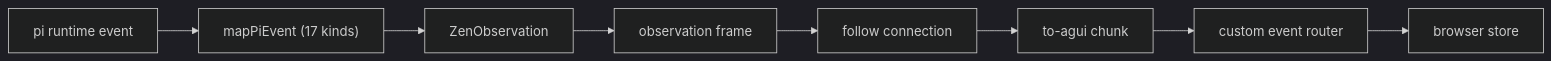
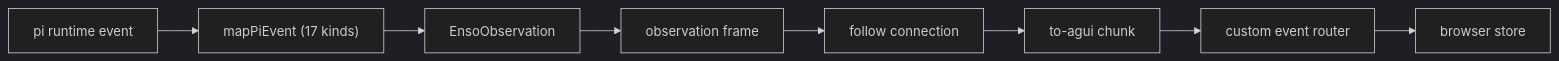
Before and after one commit to dopamine911/enso-harness: the second of 2 diagrams in docs/reference/flows.md, drawn with Mermaid (dark theme). The commit also changed other lines of this file and 221 other files, not shown here.

First line of the commit message:
zen-harness is Enso

````diff
--- a/docs/reference/flows.md
+++ b/docs/reference/flows.md
@@ -39,11 +39,11 @@
 ```mermaid
 flowchart LR
   Pi["pi runtime event"]
   Pi --> Mapper["mapPiEvent (17 kinds)"]
-  Mapper --> Schema["ZenObservation"]
+  Mapper --> Schema["EnsoObservation"]
   Schema --> Frame["observation frame"]
   Frame --> Connection["follow connection"]
   Connection --> Adapter["to-agui chunk"]
   Adapter --> Router["custom event router"]
   Router --> Store["browser store"]
 ```
````
